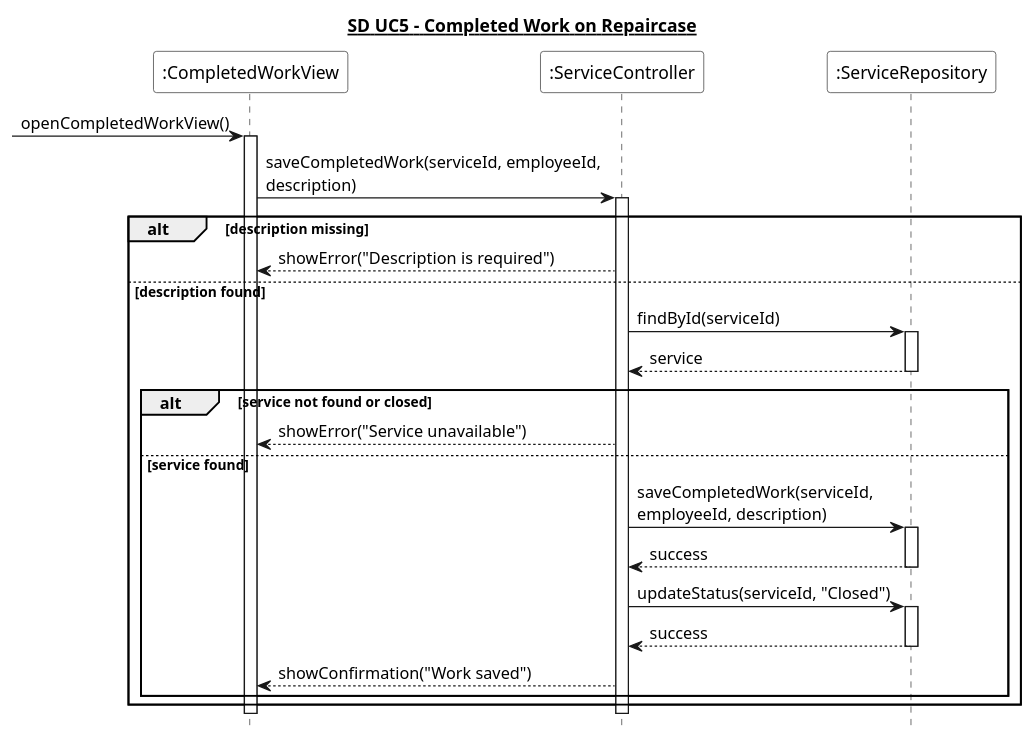
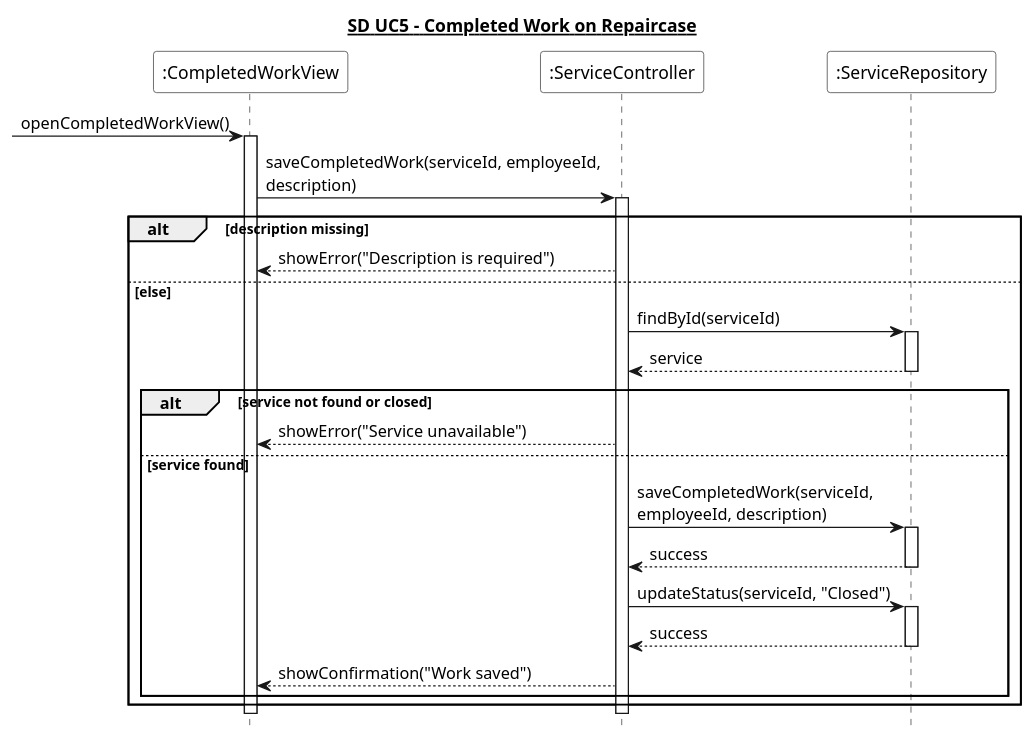
The diagram in 6. Sekvens Diagrammer/UC5_udført_arbejde.puml (Zoabz/Getting-Real), drawn with PlantUML before and after one commit. The commit also changed 7 other files, not shown here.

```diff
--- a/6. Sekvens Diagrammer/UC5_udført_arbejde.puml
+++ b/6. Sekvens Diagrammer/UC5_udført_arbejde.puml
@@ -1,45 +1,45 @@
 @startuml
 hide footbox
 title <U>SD UC5 - Completed Work on Repaircase</U>
 
 participant ":CompletedWorkView" as View #White
 participant ":ServiceController" as Controller #White
 participant ":ServiceRepository" as Repository #White
 
 [-> View : openCompletedWorkView()
 activate View
 
 View -> Controller : saveCompletedWork(serviceId, employeeId,\ndescription)
 activate Controller
 
 alt description missing
     Controller --> View : showError("Description is required")
 
-else description found
+else else
     Controller -> Repository : findById(serviceId)
     activate Repository
     Repository --> Controller : service
     deactivate Repository
 
     alt service not found or closed
         Controller --> View : showError("Service unavailable")
 
     else service found
         Controller -> Repository : saveCompletedWork(serviceId,\nemployeeId, description)
         activate Repository
         Repository --> Controller : success
         deactivate Repository
 
         Controller -> Repository : updateStatus(serviceId, "Closed")
         activate Repository
         Repository --> Controller : success
         deactivate Repository
 
         Controller --> View : showConfirmation("Work saved")
     end
 end
 
 deactivate Controller
 deactivate View
 
 @enduml
```
